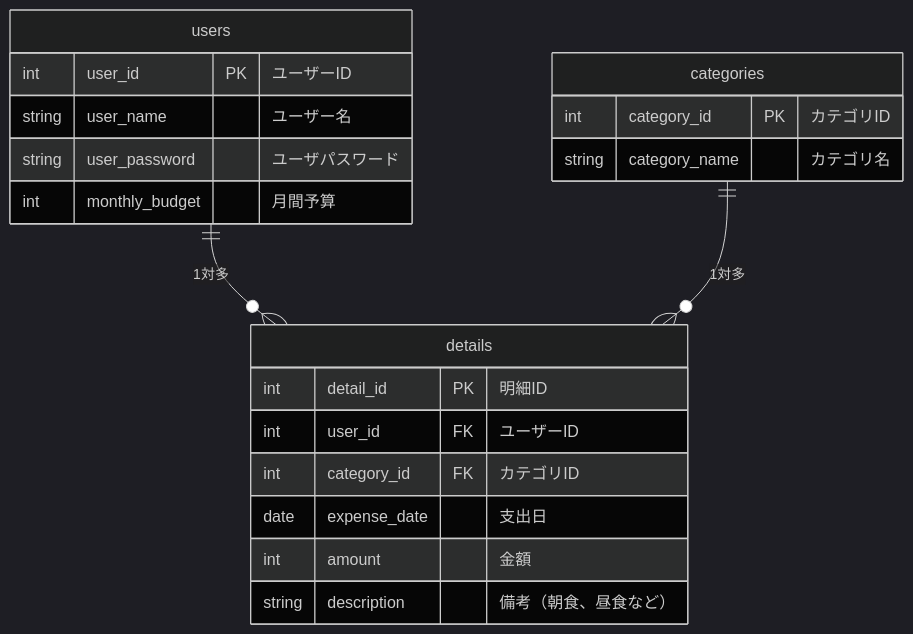
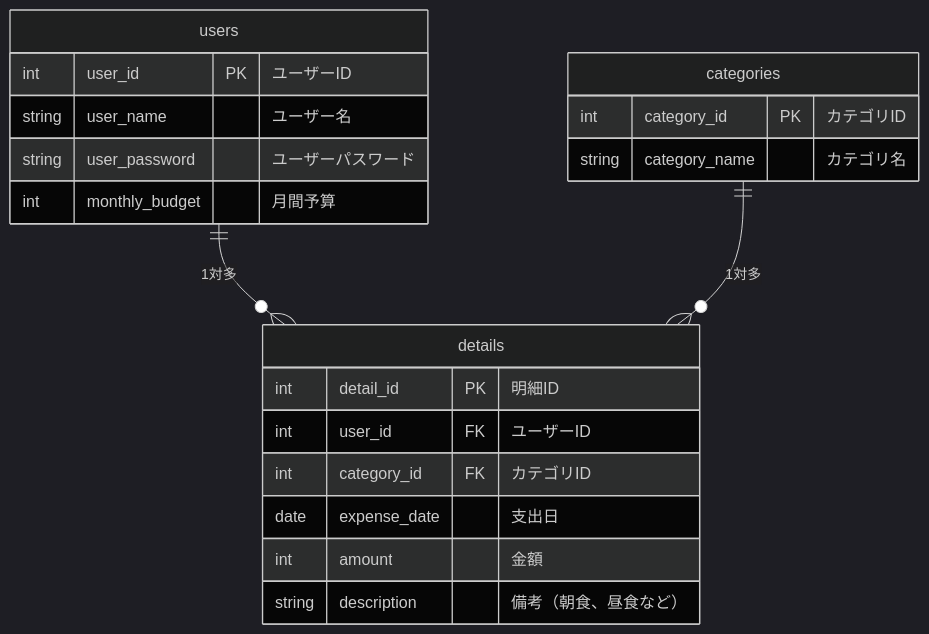
Before and after one commit to youegawa/youegawa-web-app: the diagram in README.md, drawn with Mermaid (dark theme).

Commit message:
ユーザパスワードをユーザーパスワードに表記変更

````diff
--- a/README.md
+++ b/README.md
@@ -204,24 +204,24 @@
 ```mermaid
 erDiagram
     users ||--o{ details : "1対多"
     categories ||--o{ details : "1対多"
 
     users {
         int user_id PK "ユーザーID"
         string user_name "ユーザー名"
-        string user_password "ユーザパスワード"
+        string user_password "ユーザーパスワード"
         int monthly_budget "月間予算"
     }
     categories {
         int category_id PK "カテゴリID"
         string category_name "カテゴリ名"
     }
     details {
         int detail_id PK "明細ID"
         int user_id FK "ユーザーID"
         int category_id FK "カテゴリID"
         date expense_date "支出日"
         int amount "金額"
         string description "備考（朝食、昼食など）"
     }
 ```    
````
